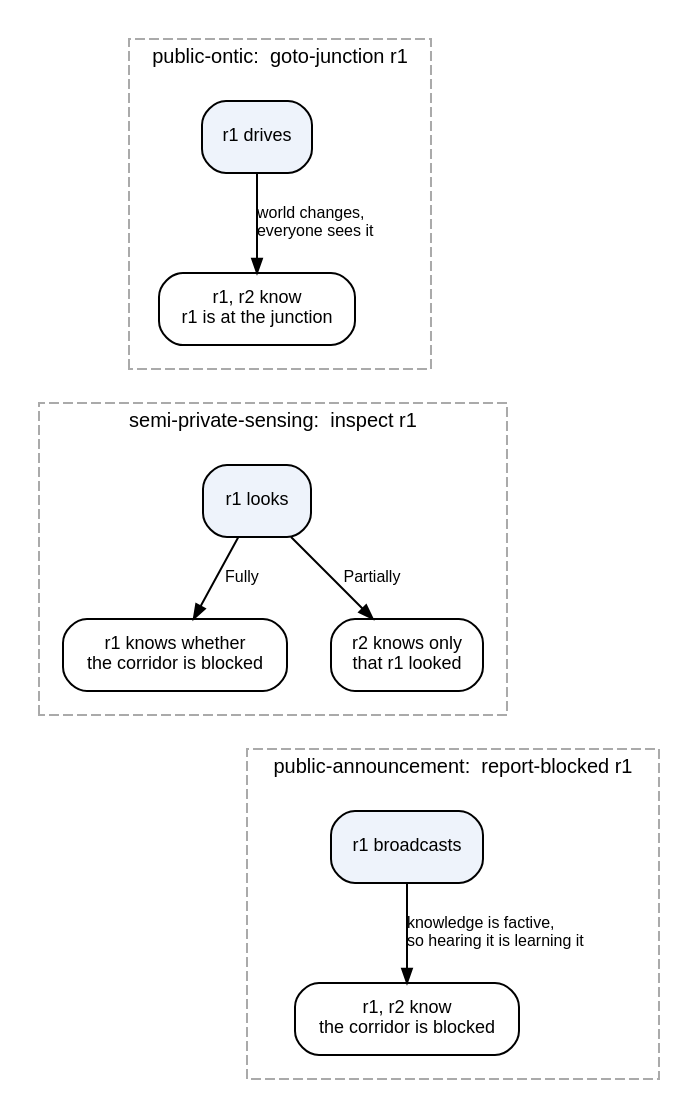
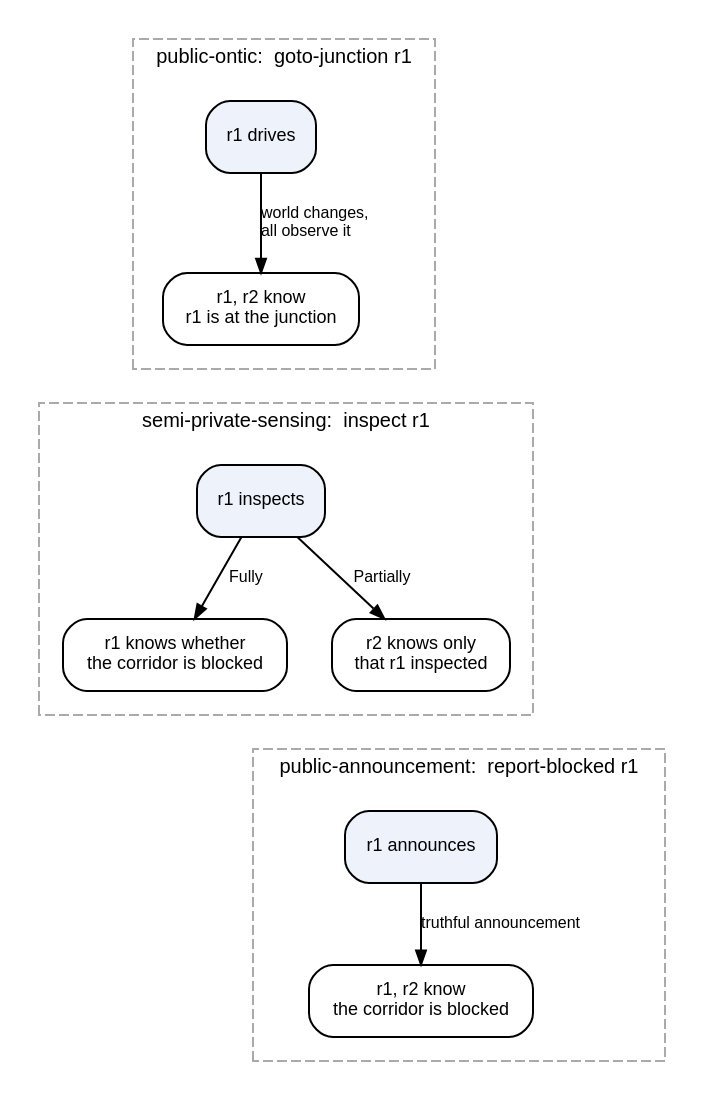
The first of 3 diagrams in eplansys_docs/tutorials/fleet_corridor.rst (ePlanSys/eplansys), drawn with Graphviz before and after one commit. The commit also changed other lines of this file and 30 other files, not shown here.

```diff
--- a/eplansys_docs/tutorials/fleet_corridor.rst
+++ b/eplansys_docs/tutorials/fleet_corridor.rst
@@ -75,40 +67,40 @@
 .. graphviz::
-   :caption: What each action type does to the fleet's knowledge
+   :caption: Effect of each action type on the agents' knowledge.
 
    digraph observability {
      rankdir=TB;
      nodesep=0.3;
      ranksep=0.45;
      fontname="sans-serif";
      node [fontname="sans-serif", fontsize=9, shape=box, style=rounded, margin="0.12,0.07"];
      edge [fontname="sans-serif", fontsize=8, arrowsize=0.7];
 
      subgraph cluster_ontic {
        label="public-ontic:  goto-junction r1";
        labelloc=t; fontsize=10; style=dashed; color="#aaaaaa"; margin=12;
        o_act [label="r1 drives", style="rounded,filled", fillcolor="#eef3fb"];
        o_all [label="r1, r2 know\nr1 is at the junction"];
-       o_act -> o_all [label=" world changes,\l everyone sees it\l"];
+       o_act -> o_all [label=" world changes,\l all observe it\l"];
      }
 
      subgraph cluster_sense {
        label="semi-private-sensing:  inspect r1";
        labelloc=t; fontsize=10; style=dashed; color="#aaaaaa"; margin=12;
-       s_act [label="r1 looks", style="rounded,filled", fillcolor="#eef3fb"];
+       s_act [label="r1 inspects", style="rounded,filled", fillcolor="#eef3fb"];
        s_r1  [label="r1 knows whether\nthe corridor is blocked"];
-       s_r2  [label="r2 knows only\nthat r1 looked"];
+       s_r2  [label="r2 knows only\nthat r1 inspected"];
        s_act -> s_r1 [label=" Fully"];
        s_act -> s_r2 [label=" Partially"];
      }
 
      subgraph cluster_say {
        label="public-announcement:  report-blocked r1";
        labelloc=t; fontsize=10; style=dashed; color="#aaaaaa"; margin=12;
-       a_act [label="r1 broadcasts", style="rounded,filled", fillcolor="#eef3fb"];
+       a_act [label="r1 announces", style="rounded,filled", fillcolor="#eef3fb"];
        a_all [label="r1, r2 know\nthe corridor is blocked"];
-       a_act -> a_all [label=" knowledge is factive,\l so hearing it is learning it\l"];
+       a_act -> a_all [label=" truthful announcement\l"];
      }
 
      o_all -> s_act [style=invis];
      s_r2  -> a_act [style=invis];
    }
```
